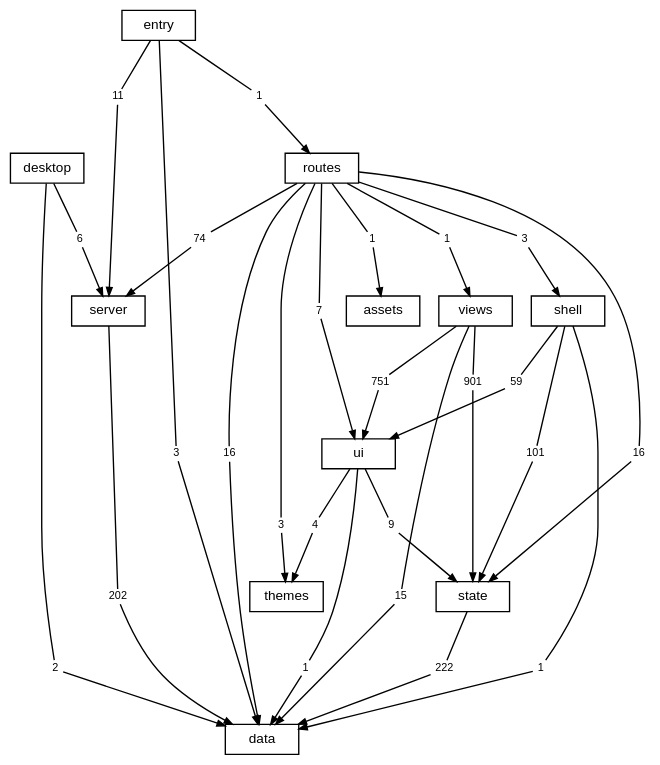
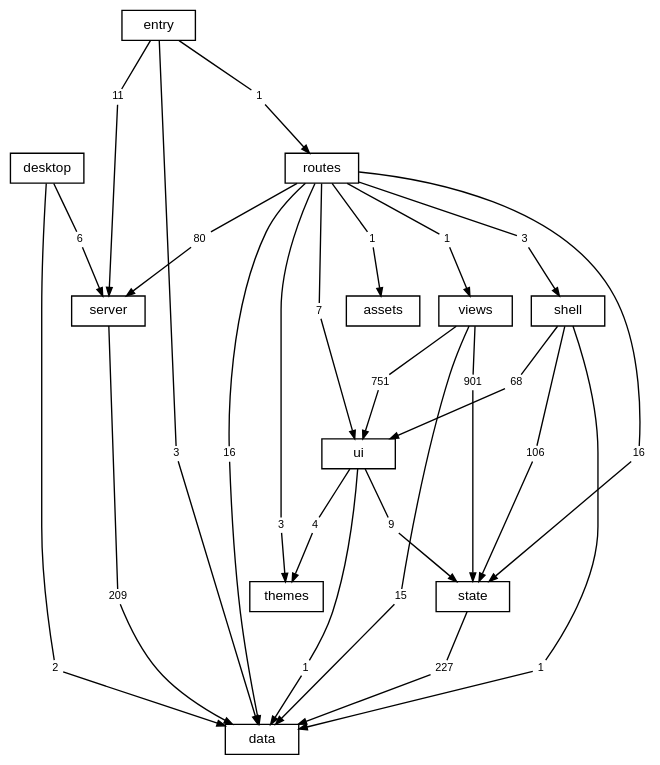
One commit to TheAxeC/oculus changed the diagram in docs/diagrams/layers.dot. Above: the diagram before and after it, drawn with Graphviz. The commit also changed 84 other files, not shown here.

```diff
--- a/docs/diagrams/layers.dot
+++ b/docs/diagrams/layers.dot
@@ -1,88 +1,88 @@
 digraph layers {
     graph [bgcolor="transparent", rankdir=TB, newrank=true, fontname="Helvetica,Arial,sans-serif", fontsize=12, nodesep=0.2, ranksep=0.5];
     node [shape=box, color="black", fontcolor="black", fontname="Helvetica,Arial,sans-serif", fontsize=10, height=0.3, margin="0.12,0.04"];
     edge [color="black", fontcolor="black", fontname="Helvetica,Arial,sans-serif", fontsize=8, arrowsize=0.6];
     "data";
     "server";
     "state";
     "ui";
     "shell";
     "views";
     "themes";
     "routes";
     "desktop";
     "src" [label="entry"];
     "files: assets" [label="assets"];
     "desktop to data" [label="2", shape=box, color="transparent", fontsize=8, width=0, height=0, margin="0.04,0.02"];
     "desktop" -> "desktop to data" [arrowhead=none];
     "desktop to data" -> "data" [];
     "desktop to server" [label="6", shape=box, color="transparent", fontsize=8, width=0, height=0, margin="0.04,0.02"];
     "desktop" -> "desktop to server" [arrowhead=none];
     "desktop to server" -> "server" [];
     "routes to data" [label="16", shape=box, color="transparent", fontsize=8, width=0, height=0, margin="0.04,0.02"];
     "routes" -> "routes to data" [arrowhead=none];
     "routes to data" -> "data" [];
     "routes to files: assets" [label="1", shape=box, color="transparent", fontsize=8, width=0, height=0, margin="0.04,0.02"];
     "routes" -> "routes to files: assets" [arrowhead=none];
     "routes to files: assets" -> "files: assets" [];
-    "routes to server" [label="74", shape=box, color="transparent", fontsize=8, width=0, height=0, margin="0.04,0.02"];
+    "routes to server" [label="80", shape=box, color="transparent", fontsize=8, width=0, height=0, margin="0.04,0.02"];
     "routes" -> "routes to server" [arrowhead=none];
     "routes to server" -> "server" [];
     "routes to shell" [label="3", shape=box, color="transparent", fontsize=8, width=0, height=0, margin="0.04,0.02"];
     "routes" -> "routes to shell" [arrowhead=none];
     "routes to shell" -> "shell" [];
     "routes to state" [label="16", shape=box, color="transparent", fontsize=8, width=0, height=0, margin="0.04,0.02"];
     "routes" -> "routes to state" [arrowhead=none];
     "routes to state" -> "state" [];
     "routes to themes" [label="3", shape=box, color="transparent", fontsize=8, width=0, height=0, margin="0.04,0.02"];
     "routes" -> "routes to themes" [arrowhead=none];
     "routes to themes" -> "themes" [];
     "routes to ui" [label="7", shape=box, color="transparent", fontsize=8, width=0, height=0, margin="0.04,0.02"];
     "routes" -> "routes to ui" [arrowhead=none];
     "routes to ui" -> "ui" [];
     "routes to views" [label="1", shape=box, color="transparent", fontsize=8, width=0, height=0, margin="0.04,0.02"];
     "routes" -> "routes to views" [arrowhead=none];
     "routes to views" -> "views" [];
-    "server to data" [label="202", shape=box, color="transparent", fontsize=8, width=0, height=0, margin="0.04,0.02"];
+    "server to data" [label="209", shape=box, color="transparent", fontsize=8, width=0, height=0, margin="0.04,0.02"];
     "server" -> "server to data" [arrowhead=none];
     "server to data" -> "data" [];
     "shell to data" [label="1", shape=box, color="transparent", fontsize=8, width=0, height=0, margin="0.04,0.02"];
     "shell" -> "shell to data" [arrowhead=none];
     "shell to data" -> "data" [];
-    "shell to state" [label="101", shape=box, color="transparent", fontsize=8, width=0, height=0, margin="0.04,0.02"];
+    "shell to state" [label="106", shape=box, color="transparent", fontsize=8, width=0, height=0, margin="0.04,0.02"];
     "shell" -> "shell to state" [arrowhead=none];
     "shell to state" -> "state" [];
-    "shell to ui" [label="59", shape=box, color="transparent", fontsize=8, width=0, height=0, margin="0.04,0.02"];
+    "shell to ui" [label="68", shape=box, color="transparent", fontsize=8, width=0, height=0, margin="0.04,0.02"];
     "shell" -> "shell to ui" [arrowhead=none];
     "shell to ui" -> "ui" [];
     "src to data" [label="3", shape=box, color="transparent", fontsize=8, width=0, height=0, margin="0.04,0.02"];
     "src" -> "src to data" [arrowhead=none];
     "src to data" -> "data" [];
     "src to routes" [label="1", shape=box, color="transparent", fontsize=8, width=0, height=0, margin="0.04,0.02"];
     "src" -> "src to routes" [arrowhead=none];
     "src to routes" -> "routes" [];
     "src to server" [label="11", shape=box, color="transparent", fontsize=8, width=0, height=0, margin="0.04,0.02"];
     "src" -> "src to server" [arrowhead=none];
     "src to server" -> "server" [];
-    "state to data" [label="222", shape=box, color="transparent", fontsize=8, width=0, height=0, margin="0.04,0.02"];
+    "state to data" [label="227", shape=box, color="transparent", fontsize=8, width=0, height=0, margin="0.04,0.02"];
     "state" -> "state to data" [arrowhead=none];
     "state to data" -> "data" [];
     "ui to data" [label="1", shape=box, color="transparent", fontsize=8, width=0, height=0, margin="0.04,0.02"];
     "ui" -> "ui to data" [arrowhead=none];
     "ui to data" -> "data" [];
     "ui to state" [label="9", shape=box, color="transparent", fontsize=8, width=0, height=0, margin="0.04,0.02"];
     "ui" -> "ui to state" [arrowhead=none];
     "ui to state" -> "state" [];
     "ui to themes" [label="4", shape=box, color="transparent", fontsize=8, width=0, height=0, margin="0.04,0.02"];
     "ui" -> "ui to themes" [arrowhead=none];
     "ui to themes" -> "themes" [];
     "views to data" [label="15", shape=box, color="transparent", fontsize=8, width=0, height=0, margin="0.04,0.02"];
     "views" -> "views to data" [arrowhead=none];
     "views to data" -> "data" [];
     "views to state" [label="901", shape=box, color="transparent", fontsize=8, width=0, height=0, margin="0.04,0.02"];
     "views" -> "views to state" [arrowhead=none];
     "views to state" -> "state" [];
     "views to ui" [label="751", shape=box, color="transparent", fontsize=8, width=0, height=0, margin="0.04,0.02"];
     "views" -> "views to ui" [arrowhead=none];
     "views to ui" -> "ui" [];
 }
```
